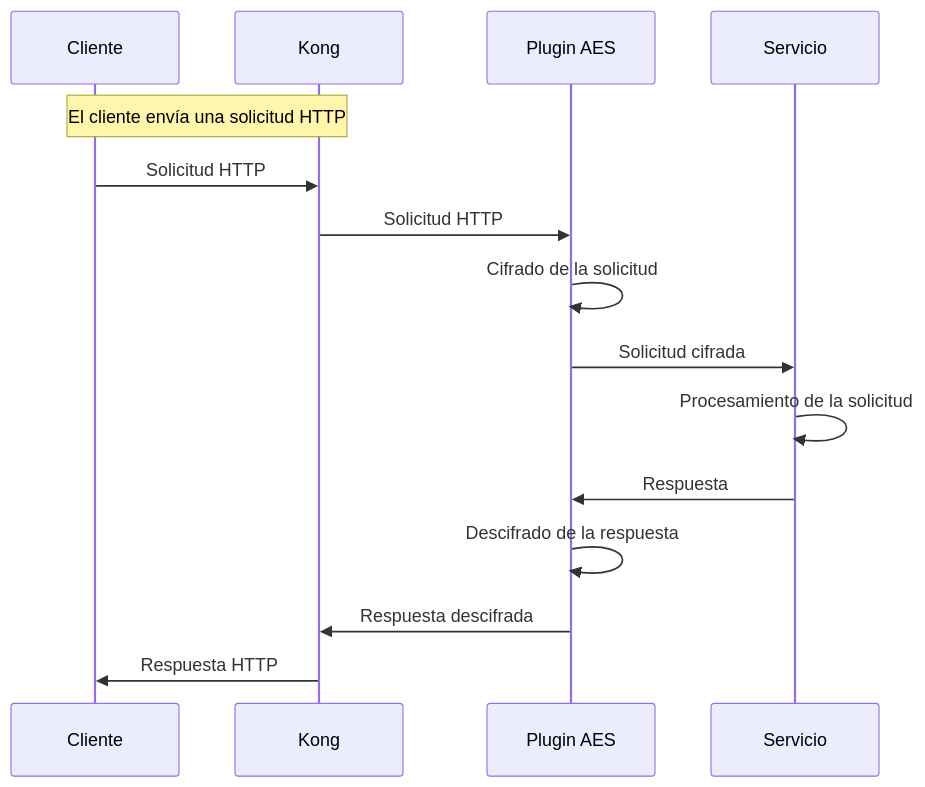
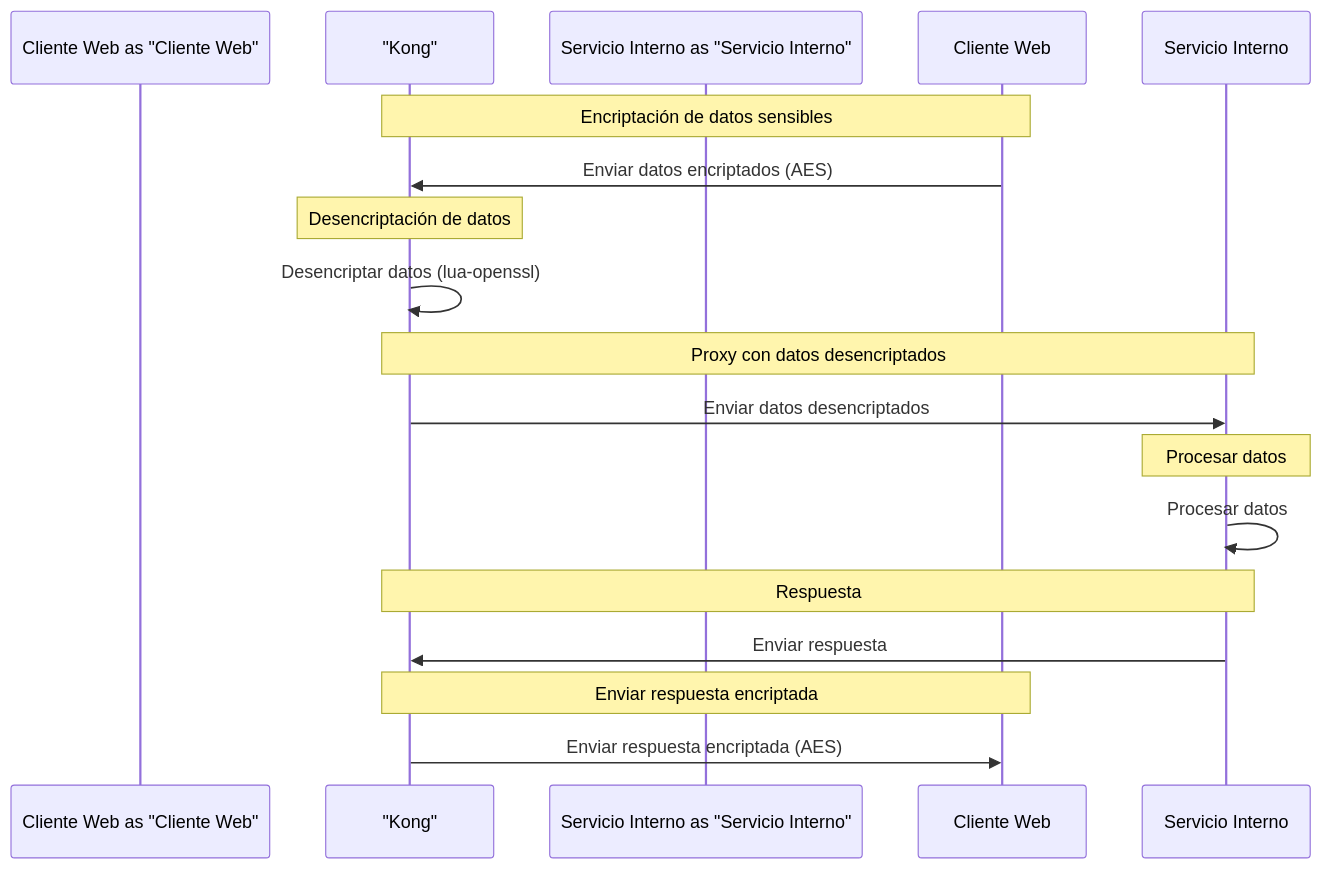
The diagram in README.md (dablon/kong-plugin-aes), drawn with Mermaid before and after one commit.

Commit message:
docs(README.md): improve readability and clarity of the sequence diagram by renaming participants and updating the flow of events

````diff
--- a/README.md
+++ b/README.md
@@ -82,18 +82,24 @@
 ```mermaid
 sequenceDiagram
-    participant C as Cliente
-    participant K as Kong
-    participant P as Plugin AES
-    participant S as Servicio
+    participant Cliente Web as "Cliente Web"
+    participant Kong as "Kong"
+    participant Servicio Interno as "Servicio Interno"
 
-    Note over C,K: El cliente envía una solicitud HTTP
-    C->>K: Solicitud HTTP
-    K->>P: Solicitud HTTP
-    P->>P: Cifrado de la solicitud
-    P->>S: Solicitud cifrada
-    S->>S: Procesamiento de la solicitud
-    S->>P: Respuesta
-    P->>P: Descifrado de la respuesta
-    P->>K: Respuesta descifrada
-    K->>C: Respuesta HTTP
+    Note over Cliente Web,Kong: Encriptación de datos sensibles
+    Cliente Web->>Kong: Enviar datos encriptados (AES)
+
+    Note over Kong: Desencriptación de datos
+    Kong->>Kong: Desencriptar datos (lua-openssl)
+
+    Note over Kong,Servicio Interno: Proxy con datos desencriptados
+    Kong->>Servicio Interno: Enviar datos desencriptados
+
+    Note over Servicio Interno: Procesar datos
+    Servicio Interno->>Servicio Interno: Procesar datos
+
+    Note over Servicio Interno,Kong: Respuesta
+    Servicio Interno->>Kong: Enviar respuesta
+
+    Note over Kong,Cliente Web: Enviar respuesta encriptada
+    Kong->>Cliente Web: Enviar respuesta encriptada (AES)
 ```
````
